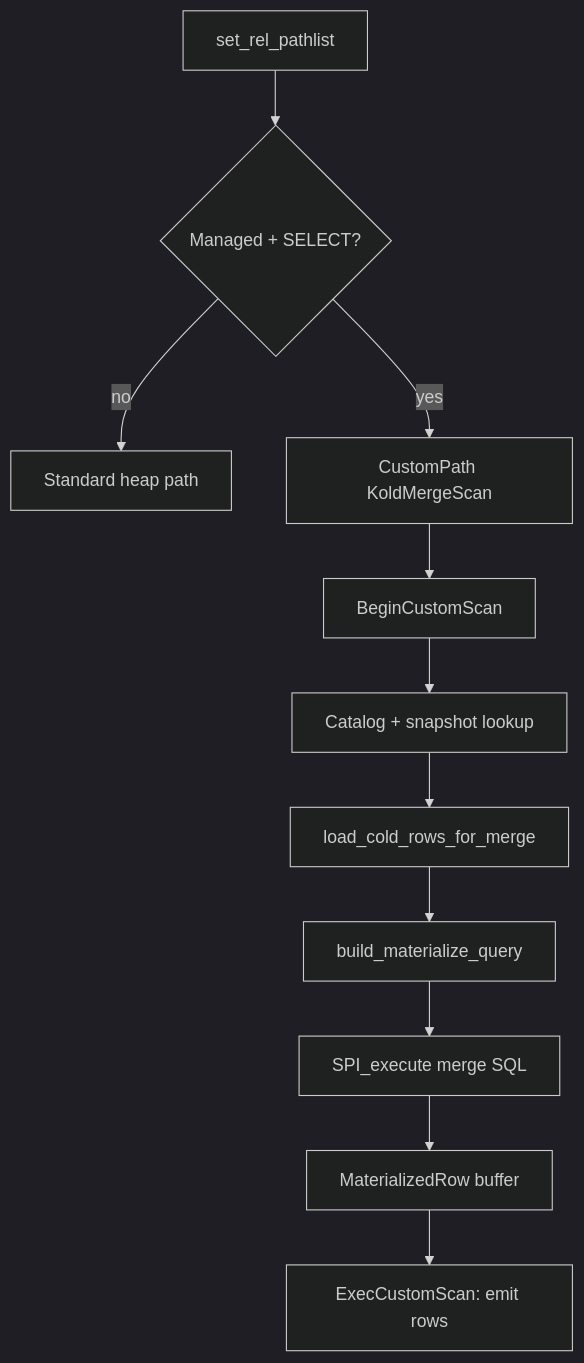
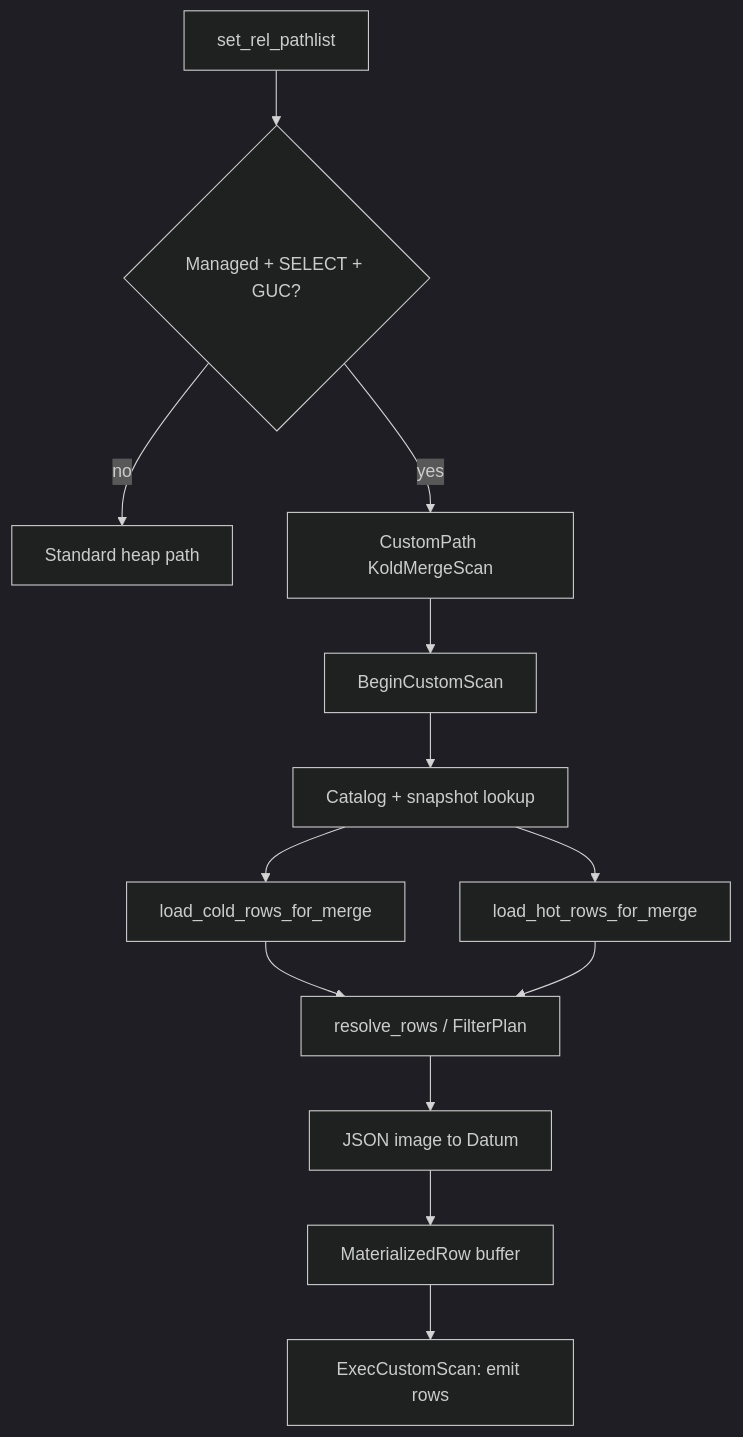
Before and after one commit to kalamdb/koldstore: the diagram in docs/architecture/scanning-table.md, drawn with Mermaid (dark theme). The commit also changed other lines of this file and 105 other files, not shown here.

````diff
--- a/docs/architecture/scanning-table.md
+++ b/docs/architecture/scanning-table.md
@@ -29,13 +29,15 @@
 ```mermaid
 flowchart TD
-  Hook["set_rel_pathlist"] --> Gate{Managed + SELECT?}
+  Hook["set_rel_pathlist"] --> Gate{Managed + SELECT + GUC?}
   Gate -->|no| Heap[Standard heap path]
   Gate -->|yes| CP[CustomPath KoldMergeScan]
   CP --> Begin["BeginCustomScan"]
   Begin --> Cat[Catalog + snapshot lookup]
   Cat --> Cold[load_cold_rows_for_merge]
-  Cold --> SQL[build_materialize_query]
-  SQL --> SPI[SPI_execute merge SQL]
-  SPI --> Buf[MaterializedRow buffer]
+  Cat --> Hot[load_hot_rows_for_merge]
+  Cold --> Resolve[resolve_rows / FilterPlan]
+  Hot --> Resolve
+  Resolve --> Emit[JSON image to Datum]
+  Emit --> Buf[MaterializedRow buffer]
   Buf --> Exec["ExecCustomScan: emit rows"]
 ```
````
